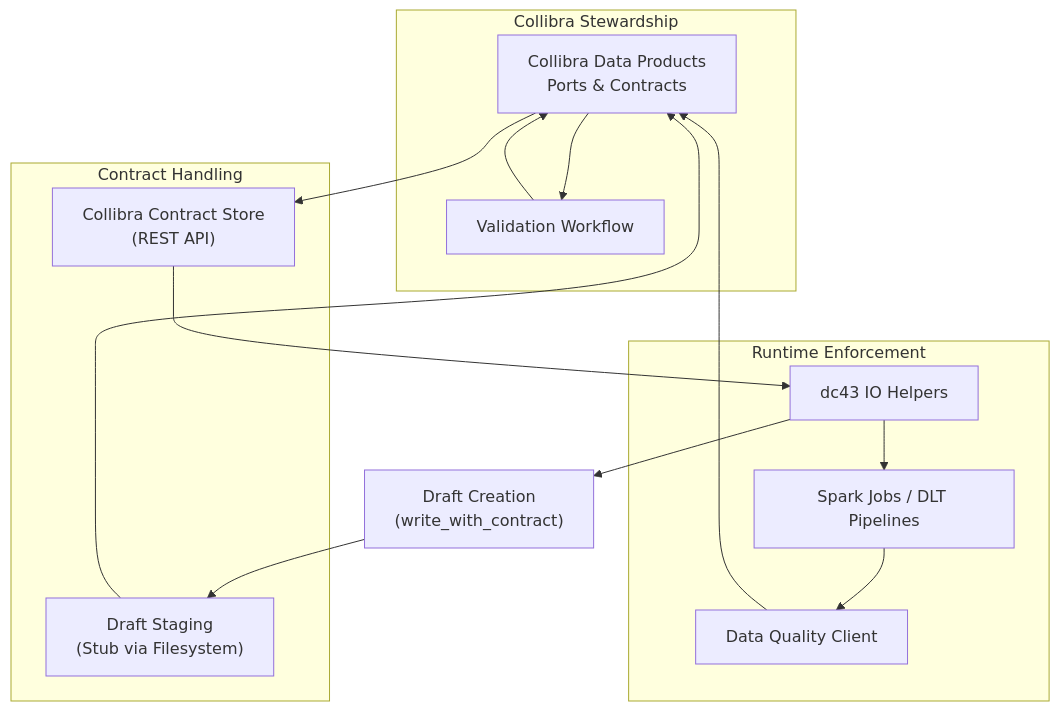
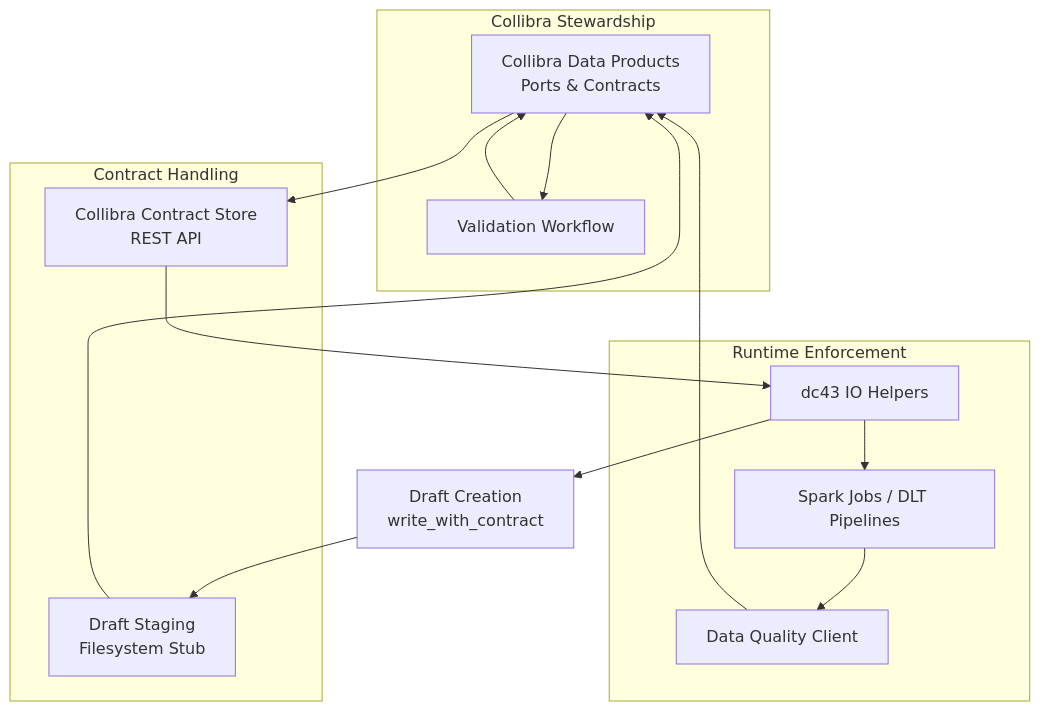
One commit to NextLab-SRL/dc43 changed the diagram in docs/collibra-contract-integration.md. Above: the diagram before and after it, drawn with Mermaid. The commit also changed 3 other files, not shown here.

Commit message:
Document DQ orchestrator and fix diagrams

````diff
--- a/docs/collibra-contract-integration.md
+++ b/docs/collibra-contract-integration.md
@@ -25,31 +25,31 @@
 ```mermaid
 flowchart TD
     subgraph Collibra Stewardship
         Collibra["Collibra Data Products<br/>Ports & Contracts"]
         Workflow["Validation Workflow"]
     end
 
     subgraph Contract Handling
-        CollibraStore["Collibra Contract Store<br/>(REST API)"]
-        DraftStore["Draft Staging<br/>(Stub via Filesystem)"]
+        CollibraStore["Collibra Contract Store<br/>REST API"]
+        DraftStore["Draft Staging<br/>Filesystem Stub"]
     end
 
     subgraph Runtime Enforcement
         IOHelpers["dc43 IO Helpers"]
         Pipelines["Spark Jobs / DLT Pipelines"]
         DQClient["Data Quality Client"]
     end
 
-    DraftProducer["Draft Creation<br/>(write_with_contract)"]
+    DraftProducer["Draft Creation<br/>write_with_contract"]
 
     Collibra --> CollibraStore
     Collibra --> Workflow
     Workflow --> Collibra
     DraftProducer --> DraftStore
     DraftStore --> Collibra
     CollibraStore --> IOHelpers
     IOHelpers --> Pipelines
     IOHelpers --> DraftProducer
     Pipelines --> DQClient
     DQClient --> Collibra
 ```
````
